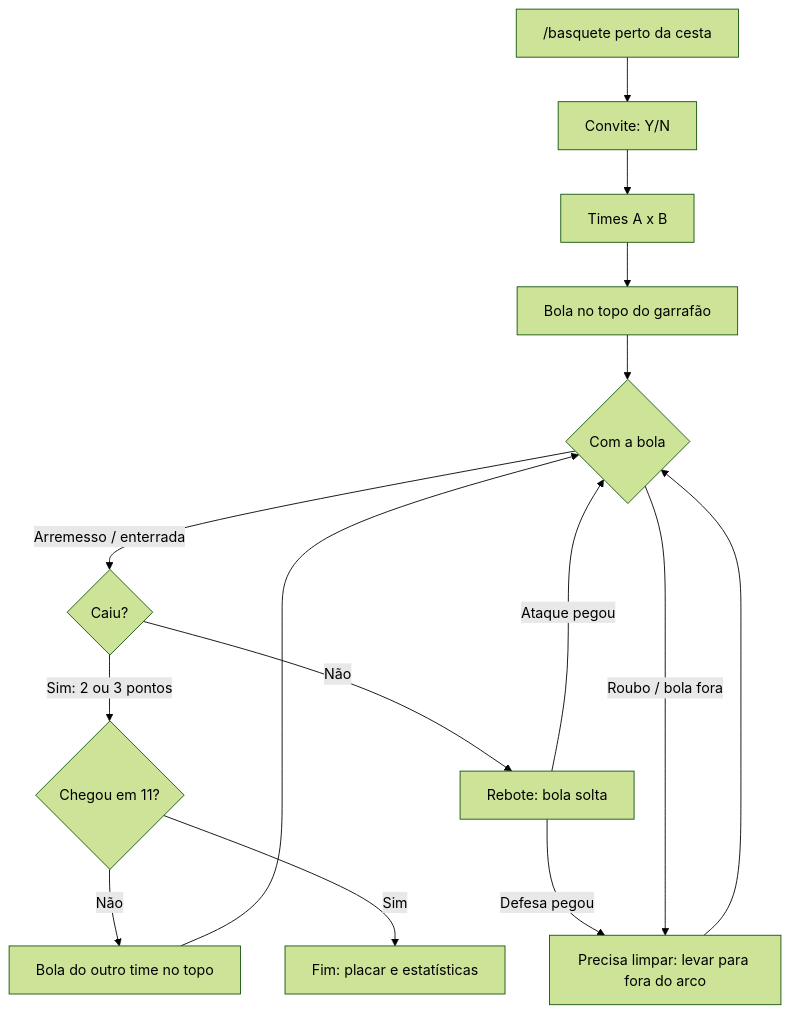
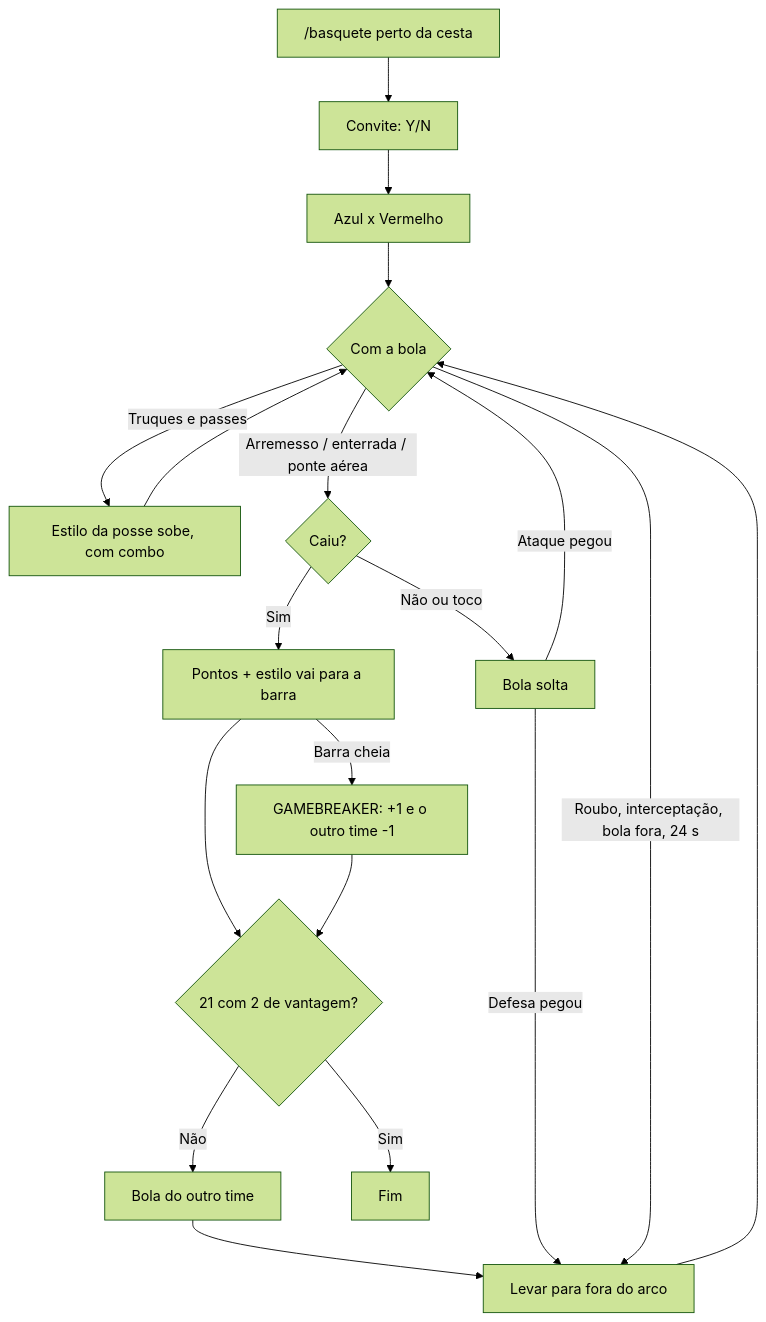
One commit to Filemom5/sa-coop-nostalgia changed the diagram in docs/basquete.md. Above: the diagram before and after it, drawn with Mermaid (forest theme). The commit also changed other lines of this file and 7 other files, not shown here.

````diff
--- a/docs/basquete.md
+++ b/docs/basquete.md
@@ -16,15 +21,19 @@
 ```mermaid
 flowchart TD
     A["/basquete perto da cesta"] --> B[Convite: Y/N]
-    B --> C[Times A x B]
-    C --> D[Bola no topo do garrafão]
-    D --> E{Com a bola}
-    E -->|Arremesso / enterrada| F{Caiu?}
-    F -->|Sim: 2 ou 3 pontos| G{Chegou em 11?}
-    G -->|Não| H[Bola do outro time no topo] --> E
-    G -->|Sim| Z[Fim: placar e estatísticas]
-    F -->|Não| I[Rebote: bola solta]
+    B --> C[Azul x Vermelho]
+    C --> E{Com a bola}
+    E -->|Truques e passes| S[Estilo da posse sobe, com combo]
+    S --> E
+    E -->|Arremesso / enterrada / ponte aérea| F{Caiu?}
+    F -->|Sim| K[Pontos + estilo vai para a barra]
+    K -->|Barra cheia| GB[GAMEBREAKER: +1 e o outro time -1]
+    K --> G{21 com 2 de vantagem?}
+    GB --> G
+    G -->|Não| H[Bola do outro time] --> J
+    G -->|Sim| Z[Fim]
+    F -->|Não ou toco| I[Bola solta]
     I -->|Ataque pegou| E
-    I -->|Defesa pegou| J[Precisa limpar: levar para fora do arco] --> E
-    E -->|Roubo / bola fora| J
+    I -->|Defesa pegou| J[Levar para fora do arco] --> E
+    E -->|Roubo, interceptação, bola fora, 24 s| J
 ```
````
